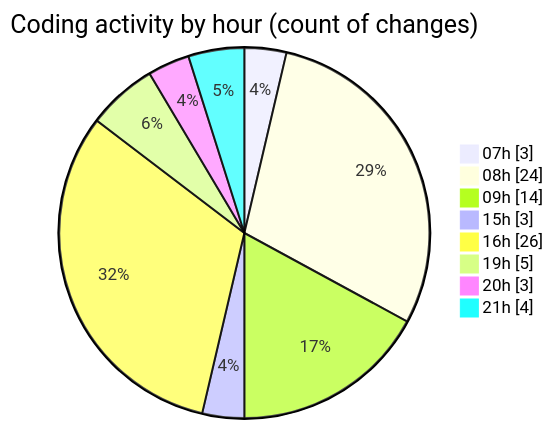
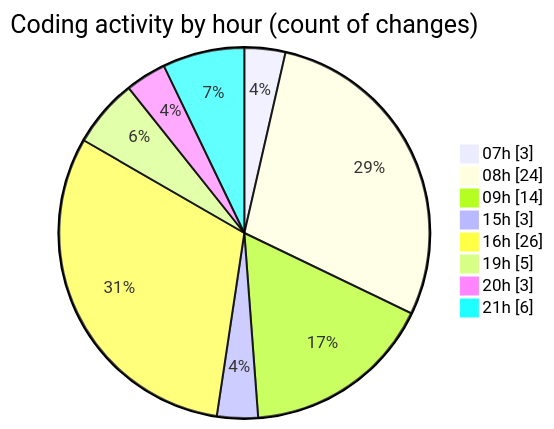
The second of 2 diagrams in 2025-05-07/myws__workspace_/README.md (MatusMokan/code-tracking), drawn with Mermaid before and after one commit. The commit also changed other lines of this file and 1 other file, not shown here.

````diff
--- a/2025-05-07/myws__workspace_/README.md
+++ b/2025-05-07/myws__workspace_/README.md
@@ -30,12 +30,12 @@
 ```mermaid
 pie showData
 title Coding activity by hour (count of changes)
 "07h" : 3
 "08h" : 24
 "09h" : 14
 "15h" : 3
 "16h" : 26
 "19h" : 5
 "20h" : 3
-"21h" : 4
+"21h" : 6
 ```
````
